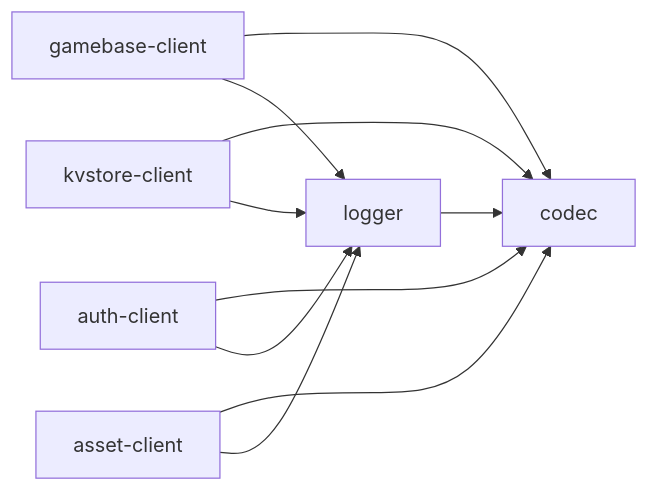
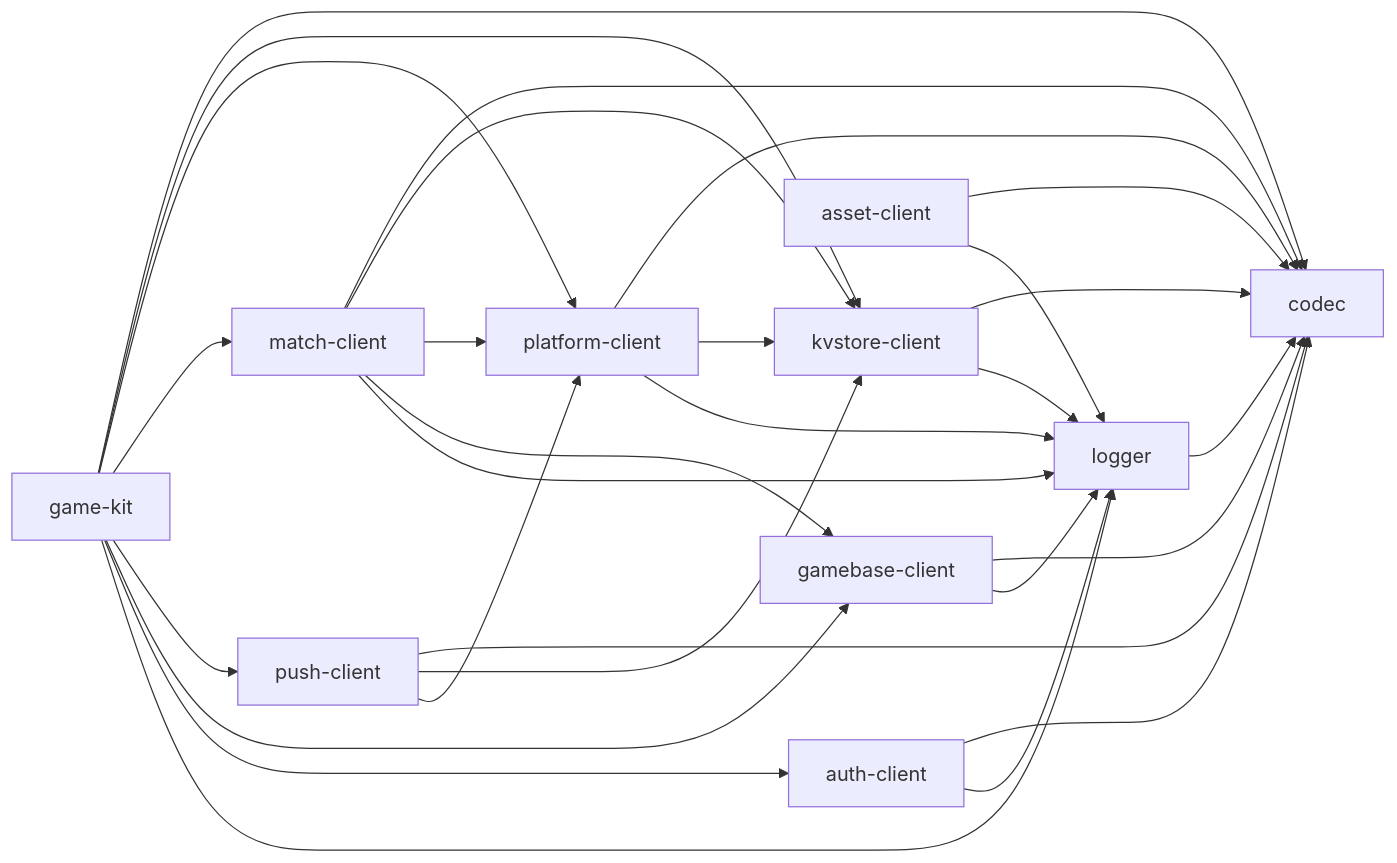
Before and after one commit to yingyeothon/csharplib: the diagram in README.md, drawn with Mermaid. The commit also changed other lines of this file and 171 other files, not shown here.

Commit message:
Add pumped platform, match, push and game-kit clients

````diff
--- a/README.md
+++ b/README.md
@@ -52,12 +58,31 @@
 ```mermaid
 graph LR
   gamebase-client --> codec
   gamebase-client --> logger
   kvstore-client --> codec
   kvstore-client --> logger
   auth-client --> codec
   auth-client --> logger
   asset-client --> codec
   asset-client --> logger
+  platform-client --> codec
+  platform-client --> kvstore-client
+  match-client --> codec
+  match-client --> kvstore-client
+  push-client --> codec
+  push-client --> kvstore-client
+  game-kit --> codec
+  game-kit --> kvstore-client
+  platform-client --> logger
+  match-client --> platform-client
+  match-client --> gamebase-client
+  match-client --> logger
+  push-client --> platform-client
+  game-kit --> platform-client
+  game-kit --> match-client
+  game-kit --> push-client
+  game-kit --> gamebase-client
+  game-kit --> auth-client
+  game-kit --> logger
   logger --> codec
 ```
````
